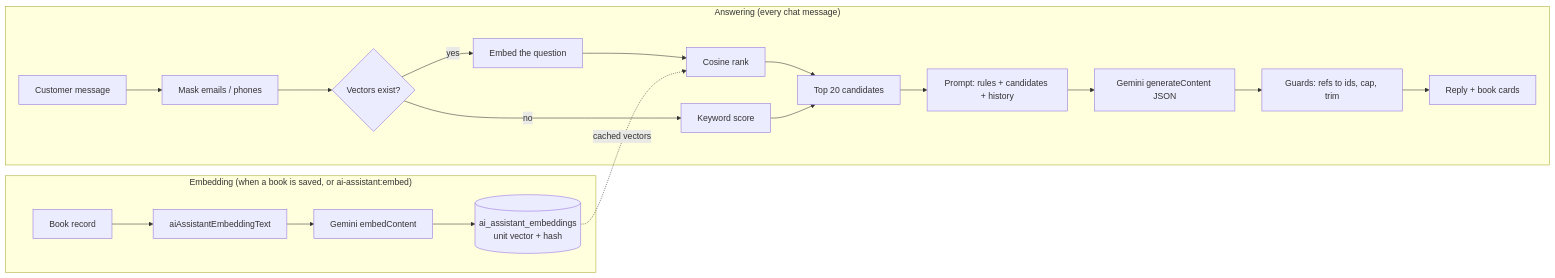
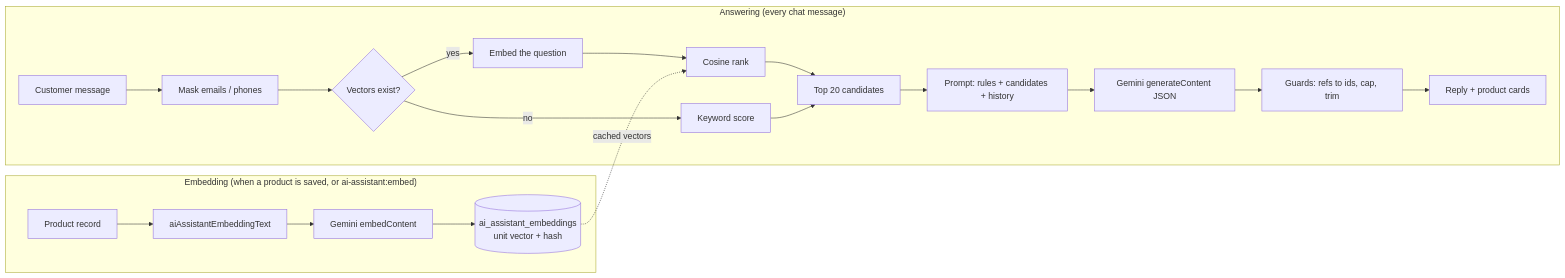
Before and after one commit to salehibneomar/amar-ecommerce: the diagram in OUR_RAG.md, drawn with Mermaid. The commit also changed other lines of this file and 246 other files, not shown here.

````diff
--- a/OUR_RAG.md
+++ b/OUR_RAG.md
@@ -57,23 +57,23 @@
 ```mermaid
 flowchart LR
-    subgraph Embedding["Embedding (when a book is saved, or ai-assistant:embed)"]
-        B[Book record] --> T[aiAssistantEmbeddingText]
+    subgraph Embedding["Embedding (when a product is saved, or ai-assistant:embed)"]
+        B[Product record] --> T[aiAssistantEmbeddingText]
         T --> E1[Gemini embedContent]
         E1 --> V[(ai_assistant_embeddings<br/>unit vector + hash)]
     end
 
     subgraph Answering["Answering (every chat message)"]
         Q[Customer message] --> M[Mask emails / phones]
         M --> R{Vectors exist?}
         R -- yes --> E2[Embed the question] --> S[Cosine rank]
         R -- no --> K[Keyword score]
         S --> C[Top 20 candidates]
         K --> C
         C --> P[Prompt: rules + candidates + history]
         P --> G[Gemini generateContent JSON]
         G --> GU[Guards: refs to ids, cap, trim]
-        GU --> UI[Reply + book cards]
+        GU --> UI[Reply + product cards]
     end
 
     V -. cached vectors .-> S
 ```
````
